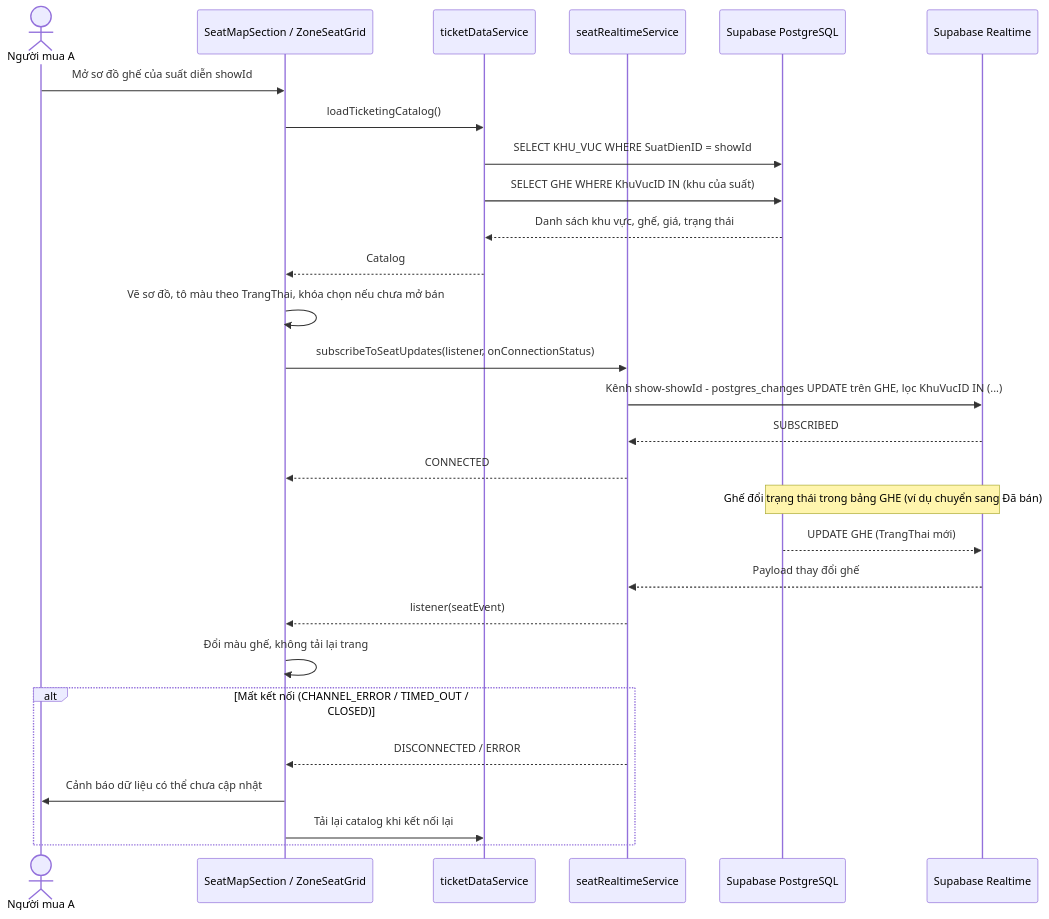
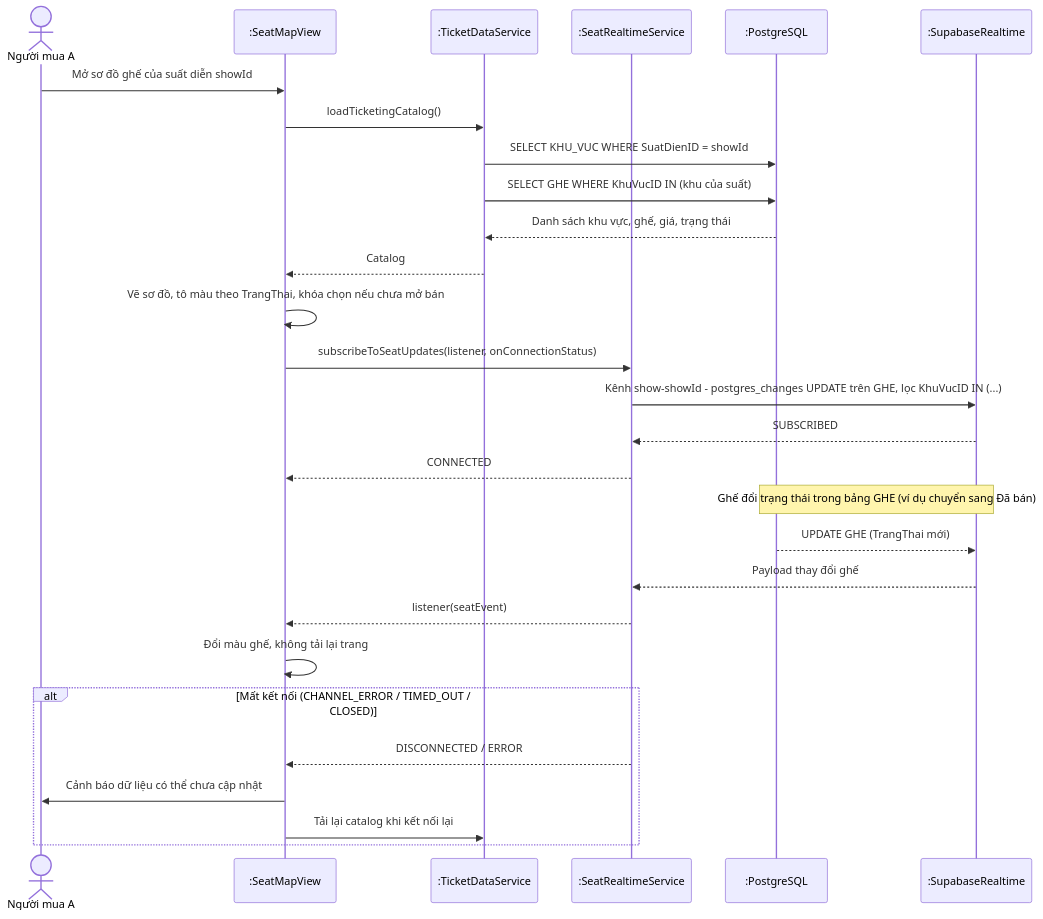
Before and after one commit to minhdc2011/EVENTTICKETING: diagram 11 of 16 in docs/sprint1-deliverables/02_ANALYSIS_AND_SYSTEM_DESIGN.md, drawn with Mermaid. The commit also changed other lines of this file, not shown here.

Commit message:
docs: add colon prefix to object lifelines in sequence diagrams

````diff
--- a/docs/sprint1-deliverables/02_ANALYSIS_AND_SYSTEM_DESIGN.md
+++ b/docs/sprint1-deliverables/02_ANALYSIS_AND_SYSTEM_DESIGN.md
@@ -848,31 +850,31 @@
 ```mermaid
 sequenceDiagram
   actor U as Người mua A
-  participant UI as SeatMapSection / ZoneSeatGrid
-  participant TDS as ticketDataService
-  participant SRS as seatRealtimeService
-  participant DB as Supabase PostgreSQL
-  participant WS as Supabase Realtime
+  participant UI as :SeatMapView
+  participant TDS as :TicketDataService
+  participant SRS as :SeatRealtimeService
+  participant DB as :PostgreSQL
+  participant WS as :SupabaseRealtime
 
   U->>UI: Mở sơ đồ ghế của suất diễn showId
   UI->>TDS: loadTicketingCatalog()
   TDS->>DB: SELECT KHU_VUC WHERE SuatDienID = showId
   TDS->>DB: SELECT GHE WHERE KhuVucID IN (khu của suất)
   DB-->>TDS: Danh sách khu vực, ghế, giá, trạng thái
   TDS-->>UI: Catalog
   UI->>UI: Vẽ sơ đồ, tô màu theo TrangThai, khóa chọn nếu chưa mở bán
   UI->>SRS: subscribeToSeatUpdates(listener, onConnectionStatus)
   SRS->>WS: Kênh show-showId - postgres_changes UPDATE trên GHE, lọc KhuVucID IN (...)
   WS-->>SRS: SUBSCRIBED
   SRS-->>UI: CONNECTED
   Note over DB,WS: Ghế đổi trạng thái trong bảng GHE (ví dụ chuyển sang Đã bán)
   DB-->>WS: UPDATE GHE (TrangThai mới)
   WS-->>SRS: Payload thay đổi ghế
   SRS-->>UI: listener(seatEvent)
   UI->>UI: Đổi màu ghế, không tải lại trang
   alt Mất kết nối (CHANNEL_ERROR / TIMED_OUT / CLOSED)
     SRS-->>UI: DISCONNECTED / ERROR
     UI->>U: Cảnh báo dữ liệu có thể chưa cập nhật
     UI->>TDS: Tải lại catalog khi kết nối lại
   end
 ```
````
